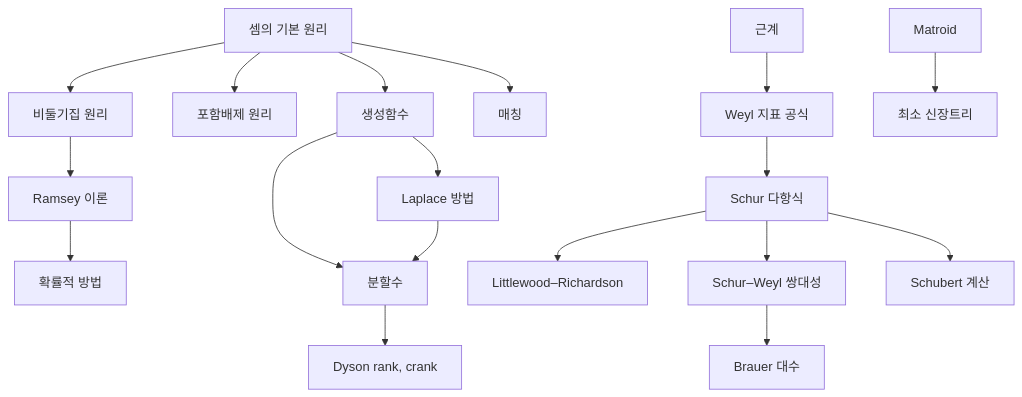
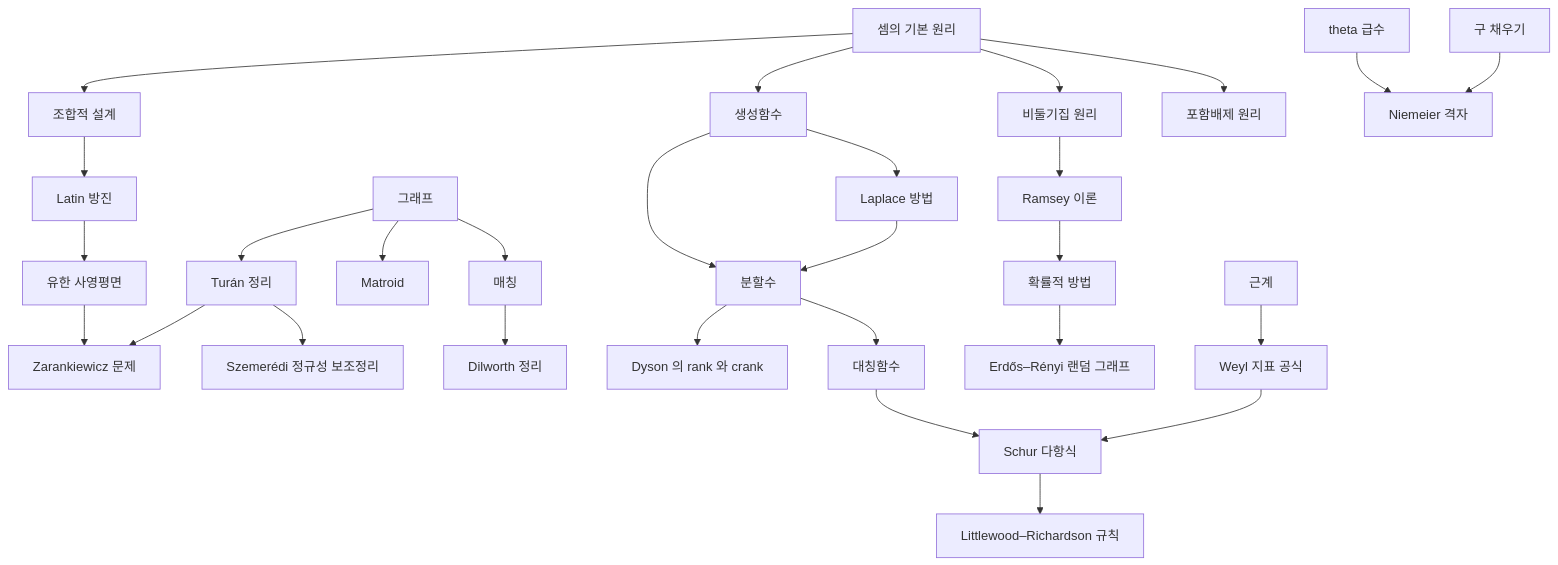
The diagram in docs/combinatorics-overview.md (Phryxia/math-map), drawn with Mermaid before and after one commit. The commit also changed other lines of this file, not shown here.

````diff
--- a/docs/combinatorics-overview.md
+++ b/docs/combinatorics-overview.md
@@ -11,13 +11,21 @@
 ```mermaid
 graph TD
-  CP["셈의 기본 원리"] --> PH["비둘기집 원리"] --> RM["Ramsey 이론"] --> PM["확률적 방법"]
-  CP --> IE["포함배제 원리"]
-  CP --> GF["생성함수"] --> PT["분할수"] --> DR["Dyson rank, crank"]
-  CP --> MT["매칭"]
-  GF --> LM["Laplace 방법"] --> PT
-  RS["근계"] --> WC["Weyl 지표 공식"] --> SP["Schur 다항식"]
-  SP --> LR["Littlewood–Richardson"]
-  SP --> SW["Schur–Weyl 쌍대성"] --> BA["Brauer 대수"]
-  SP --> SC["Schubert 계산"]
-  MD["Matroid"] --> MST["최소 신장트리"]
+  CP["셈의 기본 원리"] --> IE["포함배제 원리"]
+  CP --> PH["비둘기집 원리"]
+  CP --> GF["생성함수"]
+  CP --> BD["조합적 설계"]
+  GF --> LM["Laplace 방법"] --> PT["분할수"]
+  GF --> PT
+  PT --> SF["대칭함수"] --> SP["Schur 다항식"]
+  PT --> DR["Dyson 의 rank 와 crank"]
+  GR["그래프"] --> MT["매칭"] --> DL["Dilworth 정리"]
+  GR --> MD["Matroid"]
+  GR --> TU["Turán 정리"] --> SZ["Szemerédi 정규성 보조정리"]
+  PH --> RM["Ramsey 이론"] --> PM["확률적 방법"] --> ER["Erdős–Rényi 랜덤 그래프"]
+  BD --> LS["Latin 방진"] --> FP["유한 사영평면"] --> ZK["Zarankiewicz 문제"]
+  TU --> ZK
+  RS["근계"] --> WC["Weyl 지표 공식"] --> SP
+  SP --> LR["Littlewood–Richardson 규칙"]
+  SPK["구 채우기"] --> NM["Niemeier 격자"]
+  TS["theta 급수"] --> NM
 ```
````
